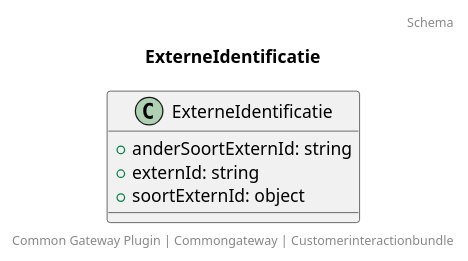
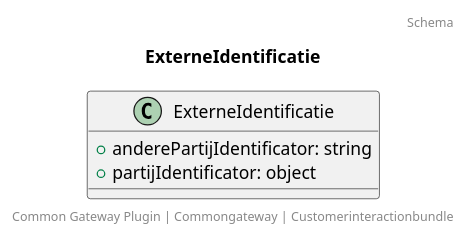
The diagram in docs/schema/klant.externeIdentificatie.puml (CommonGateway/CustomerInteractionBundle), drawn with PlantUML before and after one commit. The commit also changed 30 other files, not shown here.

```diff
--- a/docs/schema/klant.externeIdentificatie.puml
+++ b/docs/schema/klant.externeIdentificatie.puml
@@ -1,11 +1,10 @@
 @startuml
 title: ExterneIdentificatie
 footer: Common Gateway Plugin | Commongateway | Customerinteractionbundle 
 header: Schema
 
 class ExterneIdentificatie {
-  + anderSoortExternId: string
-  + externId: string
-  + soortExternId: object
+  + anderePartijIdentificator: string
+  + partijIdentificator: object
 }
 @enduml
```
